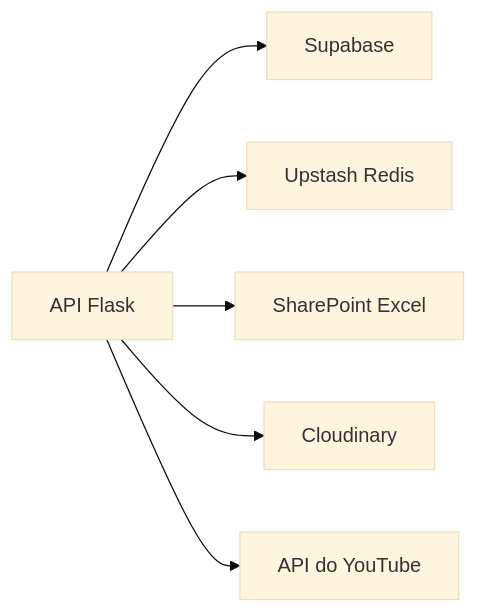
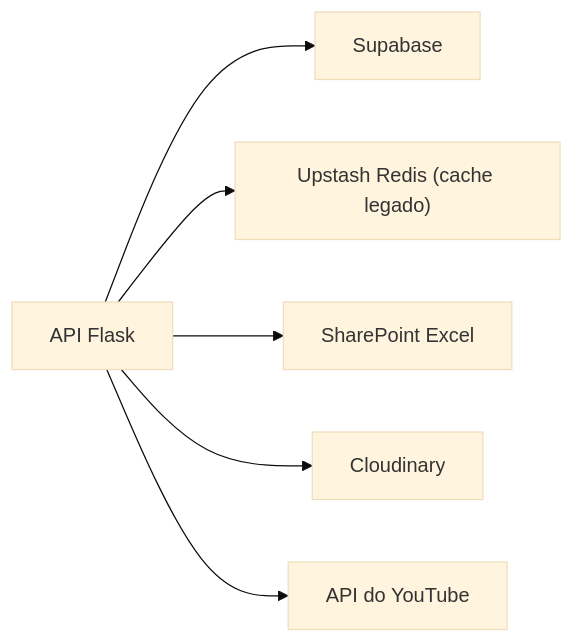
Before and after one commit to vihisantos/LabHub: the second of 2 diagrams in docs/platform/architecture/backend.md, drawn with Mermaid (base theme). The commit also changed other lines of this file and 7 other files, not shown here.

Commit message:
docs: Remove Redis/Upstash obsoleto de lembretes e push

````diff
--- a/docs/platform/architecture/backend.md
+++ b/docs/platform/architecture/backend.md
@@ -178,8 +178,8 @@
 ```mermaid
 flowchart LR
     FLASK["API Flask"] --> SUPABASE["Supabase"]
-    FLASK --> UPSTASH["Upstash Redis"]
+    FLASK --> UPSTASH["Upstash Redis (cache legado)"]
     FLASK --> SHAREPOINT["SharePoint Excel"]
     FLASK --> CLOUDINARY["Cloudinary"]
     FLASK --> YOUTUBE["API do YouTube"]
 ```
````
